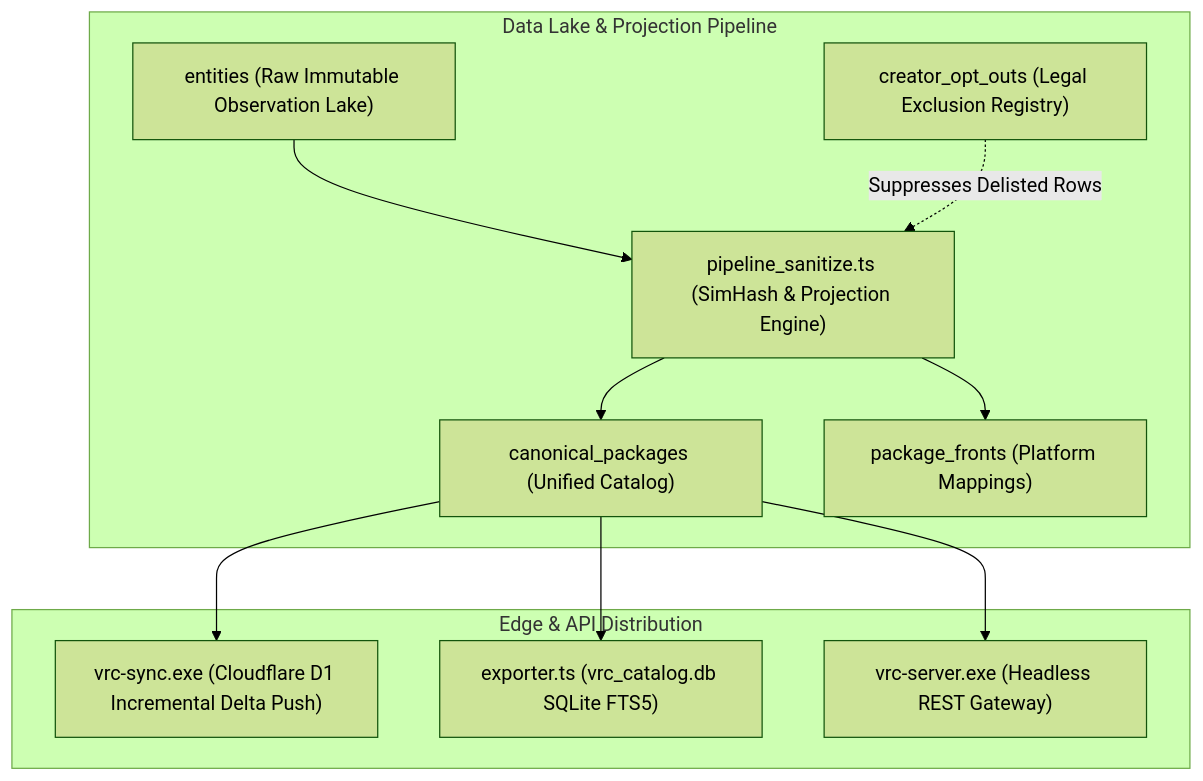
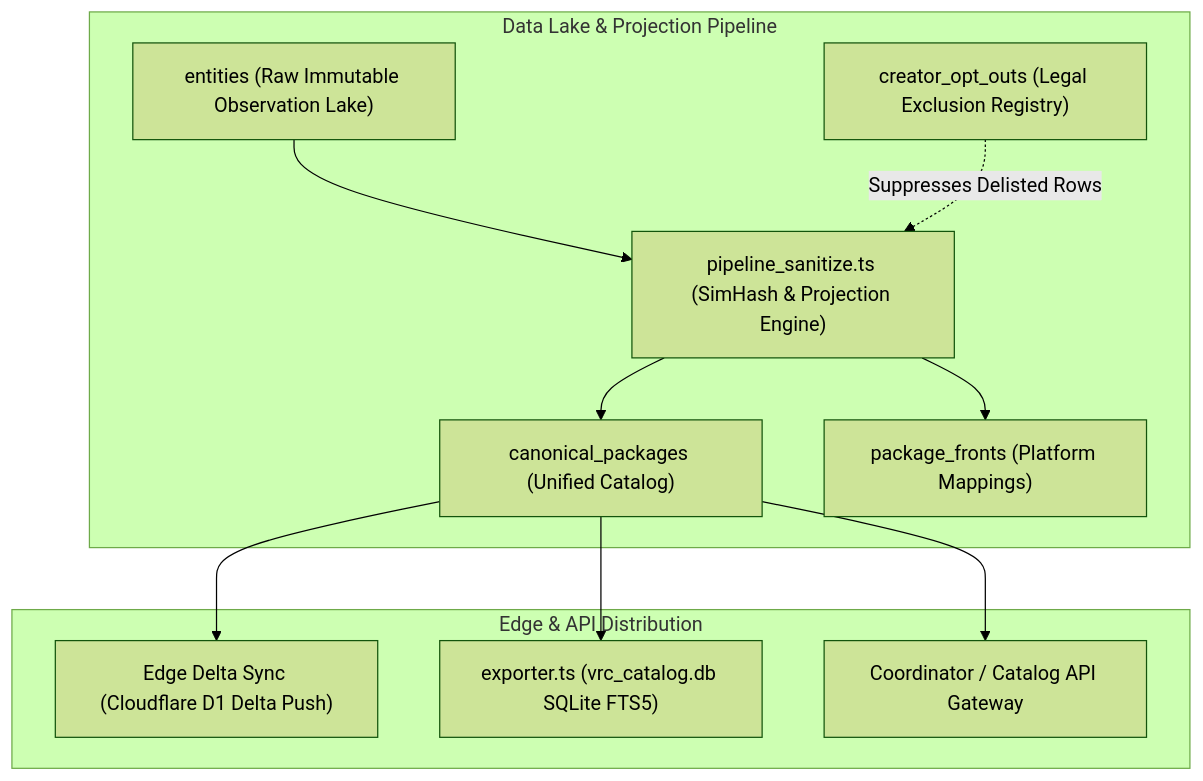
The third of 3 diagrams in docs/research/topics/10_legal_jurisprudence_contractual_assent_and_search_indexing.md (SlamTheDragon/vrc-package-crawler), drawn with Mermaid (forest theme) before and after one commit. The commit also changed 35 other files, not shown here.

````diff
--- a/docs/research/topics/10_legal_jurisprudence_contractual_assent_and_search_indexing.md
+++ b/docs/research/topics/10_legal_jurisprudence_contractual_assent_and_search_indexing.md
@@ -199,15 +199,15 @@
 ```mermaid
 graph TD
     subgraph Data Lake & Projection Pipeline
         E["entities (Raw Immutable Observation Lake)"] --> PS["pipeline_sanitize.ts (SimHash & Projection Engine)"]
         PS --> CP["canonical_packages (Unified Catalog)"]
         PS --> PF["package_fronts (Platform Mappings)"]
         CO["creator_opt_outs (Legal Exclusion Registry)"] -.->|Suppresses Delisted Rows| PS
     end
 
     subgraph Edge & API Distribution
-        CP --> CF["vrc-sync.exe (Cloudflare D1 Incremental Delta Push)"]
+        CP --> CF["Edge Delta Sync (Cloudflare D1 Delta Push)"]
         CP --> EXP["exporter.ts (vrc_catalog.db SQLite FTS5)"]
-        CP --> API["vrc-server.exe (Headless REST Gateway)"]
+        CP --> API["Coordinator / Catalog API Gateway"]
     end
 ```
````
